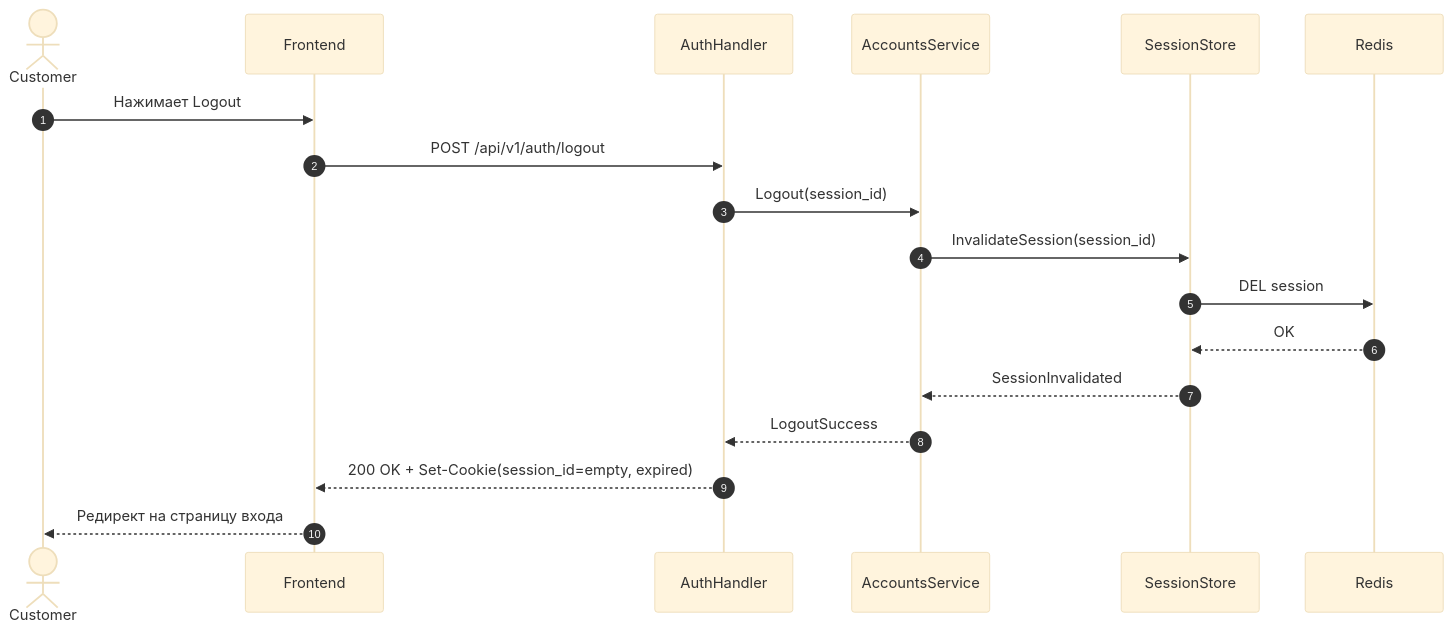
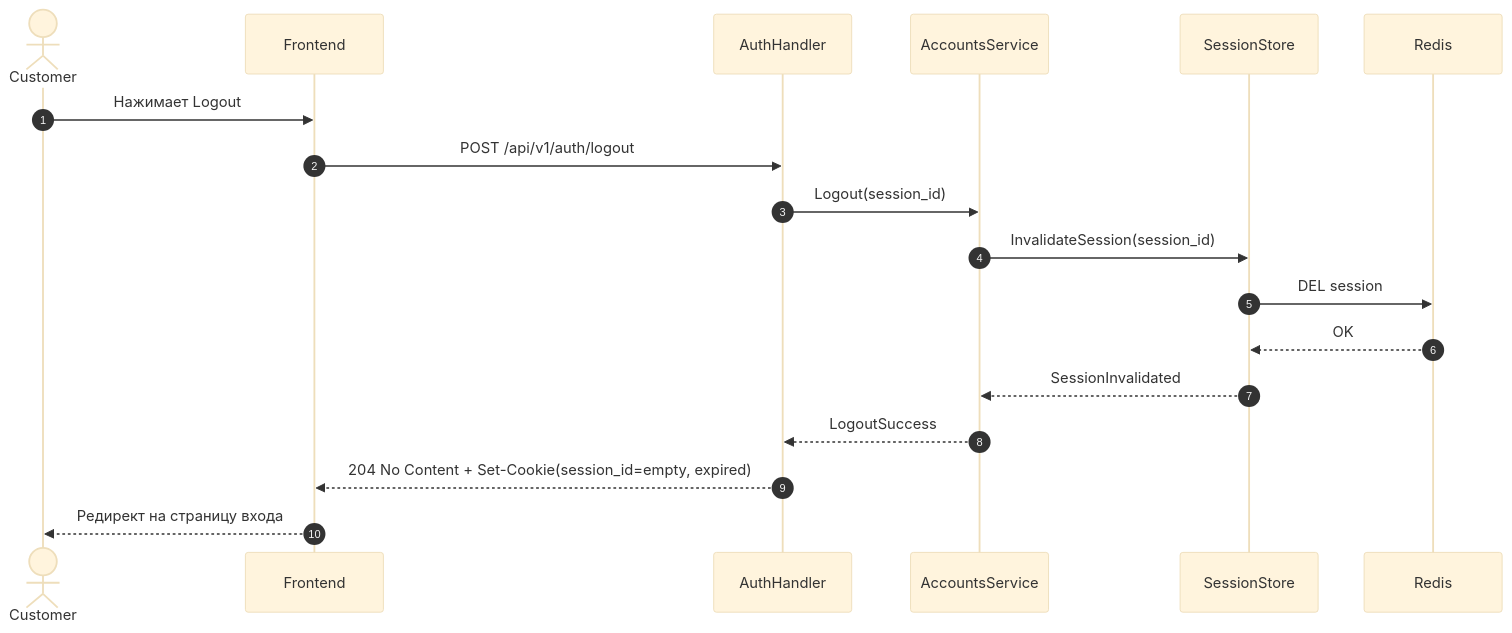
The diagram in docs/Sequence/SD-03.md (k3llone/TrackLink), drawn with Mermaid (base theme) before and after one commit. The commit also changed 8 other files, not shown here.

````diff
--- a/docs/Sequence/SD-03.md
+++ b/docs/Sequence/SD-03.md
@@ -3,25 +3,25 @@
 ```mermaid
 sequenceDiagram
     autonumber
 
     actor Customer
     participant FE as Frontend
     participant AH as AuthHandler
     participant AS as AccountsService
     participant SS as SessionStore
     participant RD as Redis
 
     Customer->>FE: Нажимает Logout
     FE->>AH: POST /api/v1/auth/logout
 
     AH->>AS: Logout(session_id)
 
     AS->>SS: InvalidateSession(session_id)
     SS->>RD: DEL session
     RD-->>SS: OK
     SS-->>AS: SessionInvalidated
 
     AS-->>AH: LogoutSuccess
-    AH-->>FE: 200 OK + Set-Cookie(session_id=empty, expired)
+    AH-->>FE: 204 No Content + Set-Cookie(session_id=empty, expired)
     FE-->>Customer: Редирект на страницу входа
 ```
````
